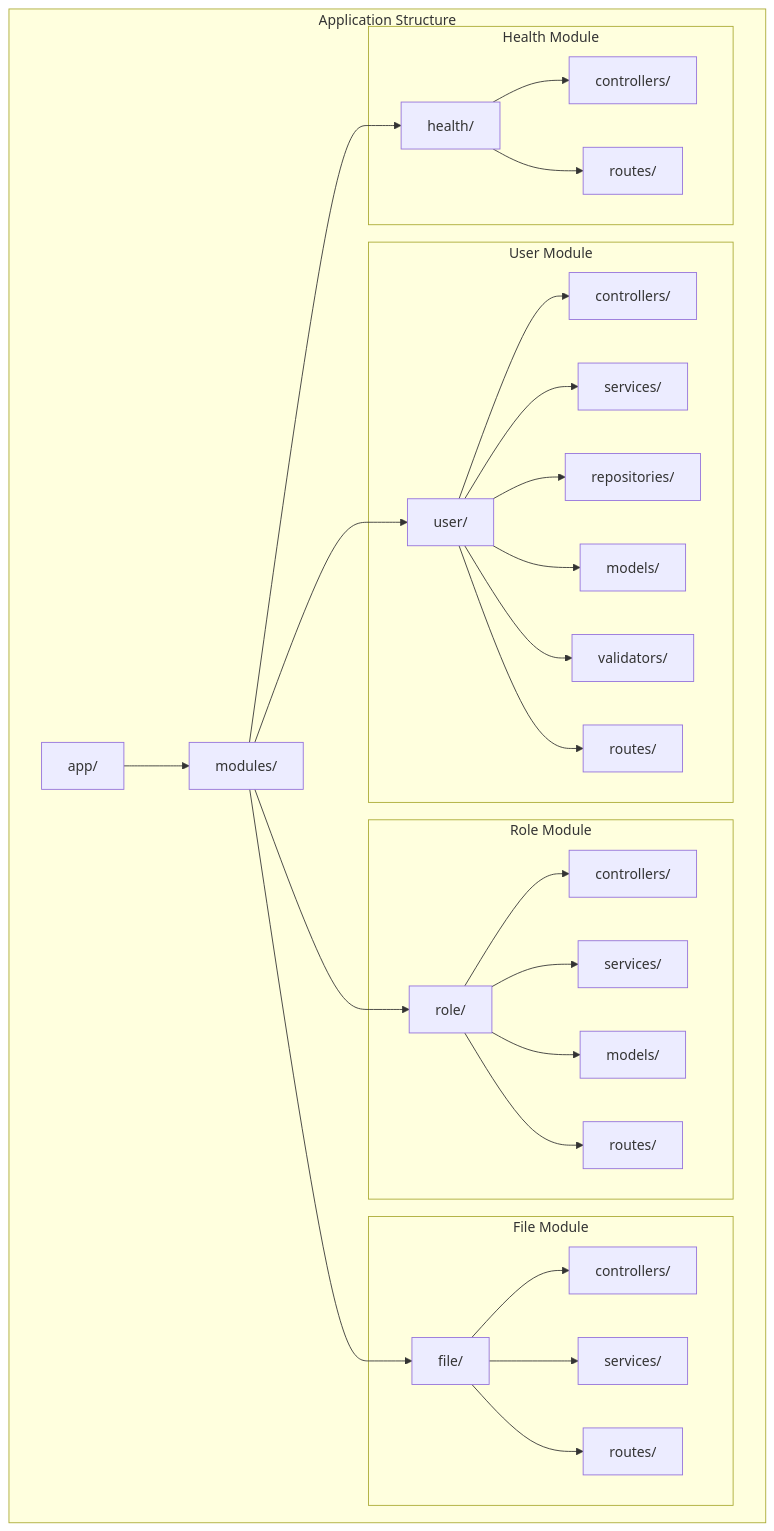
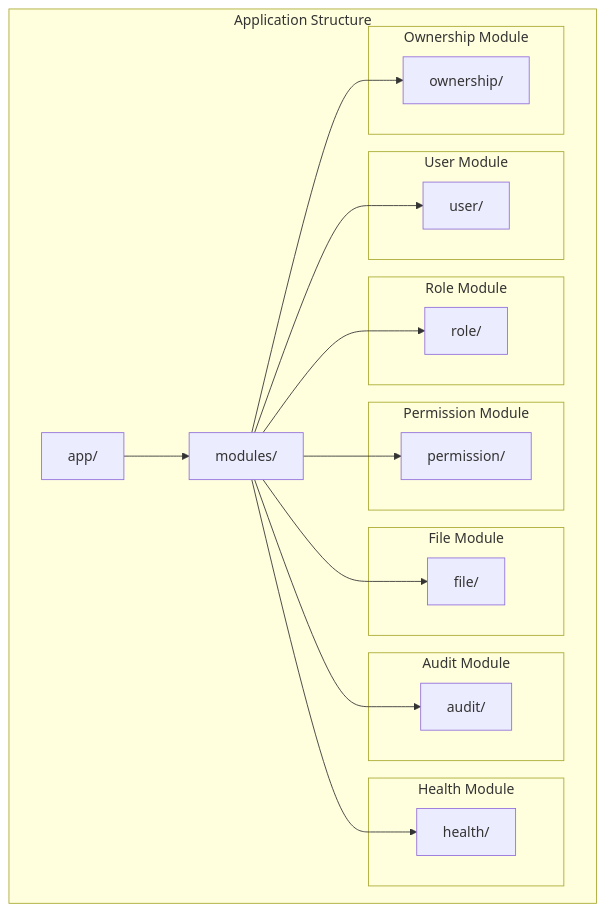
The third of 7 diagrams in README.md (gabrielmaialva33/base-acl-api), drawn with Mermaid before and after one commit. The commit also changed other lines of this file and 1 other file, not shown here.

````diff
--- a/README.md
+++ b/README.md
@@ -147,63 +147,38 @@
 ```mermaid
 graph TD
     subgraph "Application Structure"
         APP[app/]
         MODULES[modules/]
 
         subgraph "User Module"
             USER_M[user/]
-            USER_CTRL[controllers/]
-            USER_SVC[services/]
-            USER_REPO[repositories/]
-            USER_MODEL[models/]
-            USER_VAL[validators/]
-            USER_ROUTES[routes/]
         end
-
         subgraph "Role Module"
             ROLE_M[role/]
-            ROLE_CTRL[controllers/]
-            ROLE_SVC[services/]
-            ROLE_MODEL[models/]
-            ROLE_ROUTES[routes/]
         end
-
+        subgraph "Permission Module"
+            PERM_M[permission/]
+        end
         subgraph "File Module"
             FILE_M[file/]
-            FILE_CTRL[controllers/]
-            FILE_SVC[services/]
-            FILE_ROUTES[routes/]
         end
-
+        subgraph "Audit Module"
+            AUDIT_M[audit/]
+        end
         subgraph "Health Module"
             HEALTH_M[health/]
-            HEALTH_CTRL[controllers/]
-            HEALTH_ROUTES[routes/]
+        end
+        subgraph "Ownership Module"
+            OWNER_M[ownership/]
         end
     end
 
     APP --> MODULES
     MODULES --> USER_M
     MODULES --> ROLE_M
+    MODULES --> PERM_M
     MODULES --> FILE_M
+    MODULES --> AUDIT_M
     MODULES --> HEALTH_M
-
-    USER_M --> USER_CTRL
-    USER_M --> USER_SVC
-    USER_M --> USER_REPO
-    USER_M --> USER_MODEL
-    USER_M --> USER_VAL
-    USER_M --> USER_ROUTES
-
-    ROLE_M --> ROLE_CTRL
-    ROLE_M --> ROLE_SVC
-    ROLE_M --> ROLE_MODEL
-    ROLE_M --> ROLE_ROUTES
-
-    FILE_M --> FILE_CTRL
-    FILE_M --> FILE_SVC
-    FILE_M --> FILE_ROUTES
-
-    HEALTH_M --> HEALTH_CTRL
-    HEALTH_M --> HEALTH_ROUTES
+    MODULES --> OWNER_M
 ```
````
